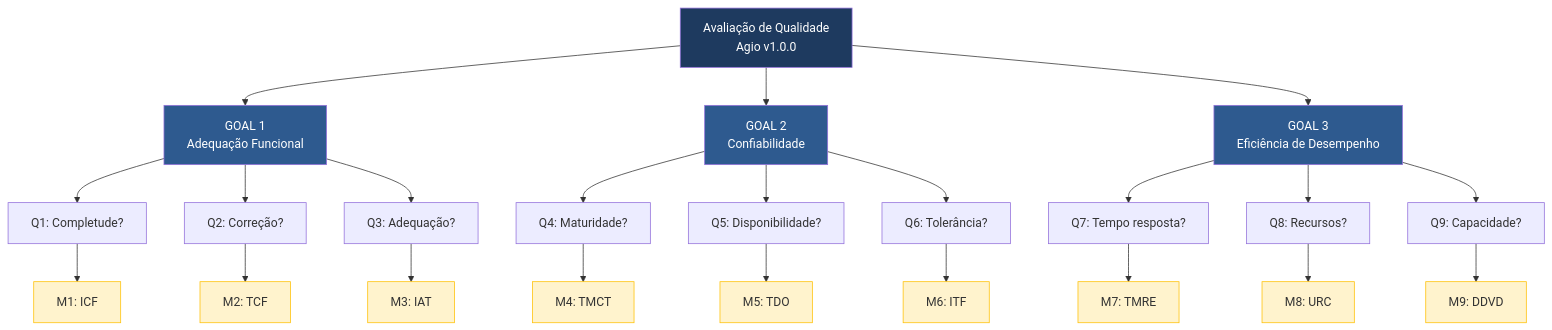
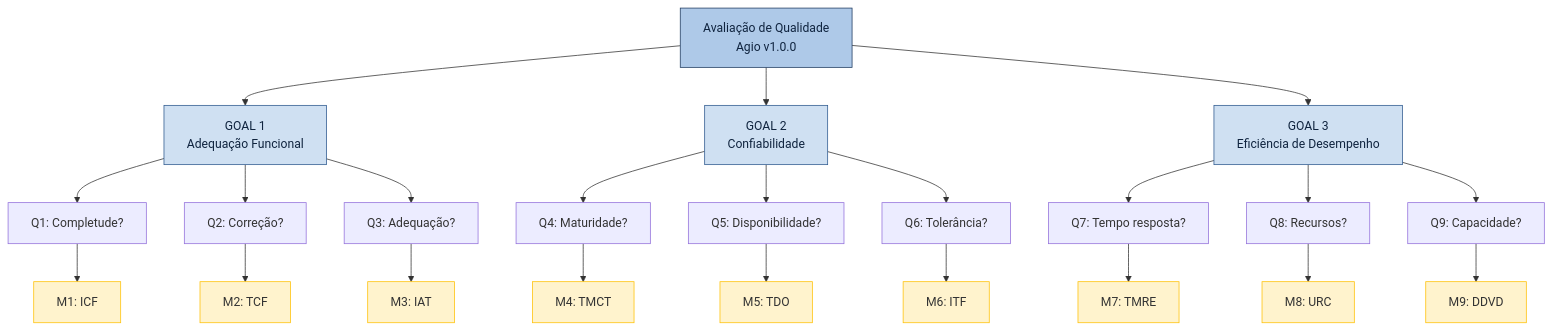
The diagram in docs/fase2/resumo_metricas.md (FCTE-Qualidade-de-Software-1/2026-1_T01_FRANS_BILAS), drawn with Mermaid before and after one commit. The commit also changed 4 other files, not shown here.

Commit message:
feat: Recolore/refatora  os diagramas das fases 1 e 2

````diff
--- a/docs/fase2/resumo_metricas.md
+++ b/docs/fase2/resumo_metricas.md
@@ -23,43 +23,43 @@
 ```mermaid
 graph TD
     AGIO["Avaliação de Qualidade<br>Agio v1.0.0"]
 
     AGIO --> G1["GOAL 1<br>Adequação Funcional"]
     AGIO --> G2["GOAL 2<br>Confiabilidade"]
     AGIO --> G3["GOAL 3<br>Eficiência de Desempenho"]
 
     G1 --> Q1["Q1: Completude?"]
     G1 --> Q2["Q2: Correção?"]
     G1 --> Q3["Q3: Adequação?"]
     Q1 --> M1["M1: ICF"]
     Q2 --> M2["M2: TCF"]
     Q3 --> M3["M3: IAT"]
 
     G2 --> Q4["Q4: Maturidade?"]
     G2 --> Q5["Q5: Disponibilidade?"]
     G2 --> Q6["Q6: Tolerância?"]
     Q4 --> M4["M4: TMCT"]
     Q5 --> M5["M5: TDO"]
     Q6 --> M6["M6: ITF"]
 
     G3 --> Q7["Q7: Tempo resposta?"]
     G3 --> Q8["Q8: Recursos?"]
     G3 --> Q9["Q9: Capacidade?"]
     Q7 --> M7["M7: TMRE"]
     Q8 --> M8["M8: URC"]
     Q9 --> M9["M9: DDVD"]
 
-    style AGIO fill:#1E3A5F,color:#fff
-    style G1 fill:#2E5A8F,color:#fff
-    style G2 fill:#2E5A8F,color:#fff
-    style G3 fill:#2E5A8F,color:#fff
+    style AGIO fill:#AEC9E8,stroke:#1E3A5F,color:#10243F
+    style G1 fill:#CFE0F2,stroke:#2E5A8F,color:#10243F
+    style G2 fill:#CFE0F2,stroke:#2E5A8F,color:#10243F
+    style G3 fill:#CFE0F2,stroke:#2E5A8F,color:#10243F
     style M1 fill:#fff3cd,stroke:#ffc107
     style M2 fill:#fff3cd,stroke:#ffc107
     style M3 fill:#fff3cd,stroke:#ffc107
     style M4 fill:#fff3cd,stroke:#ffc107
     style M5 fill:#fff3cd,stroke:#ffc107
     style M6 fill:#fff3cd,stroke:#ffc107
     style M7 fill:#fff3cd,stroke:#ffc107
     style M8 fill:#fff3cd,stroke:#ffc107
     style M9 fill:#fff3cd,stroke:#ffc107
 ```
````
